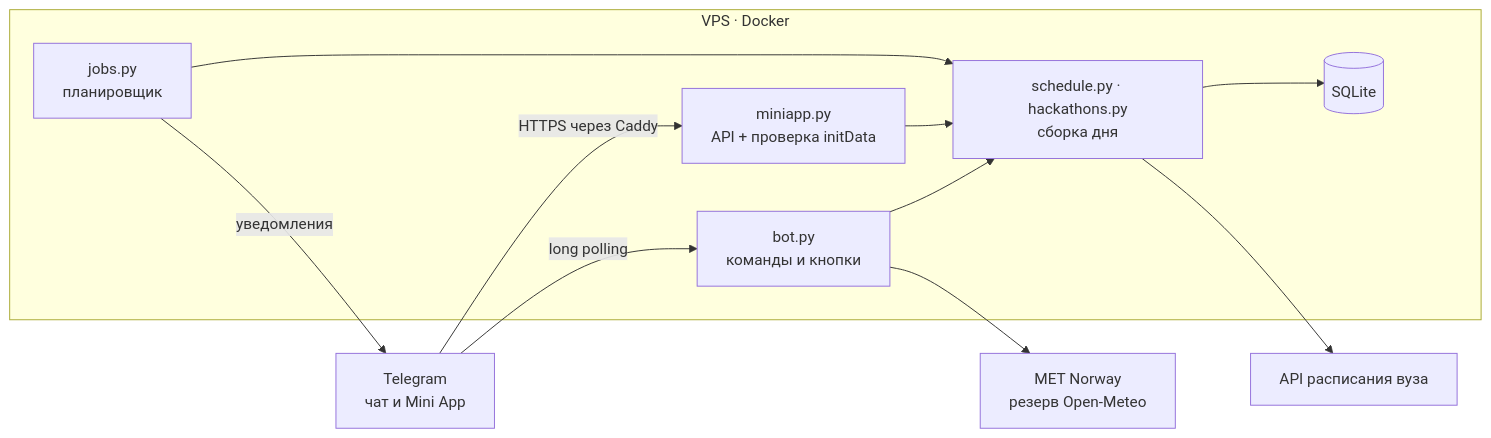
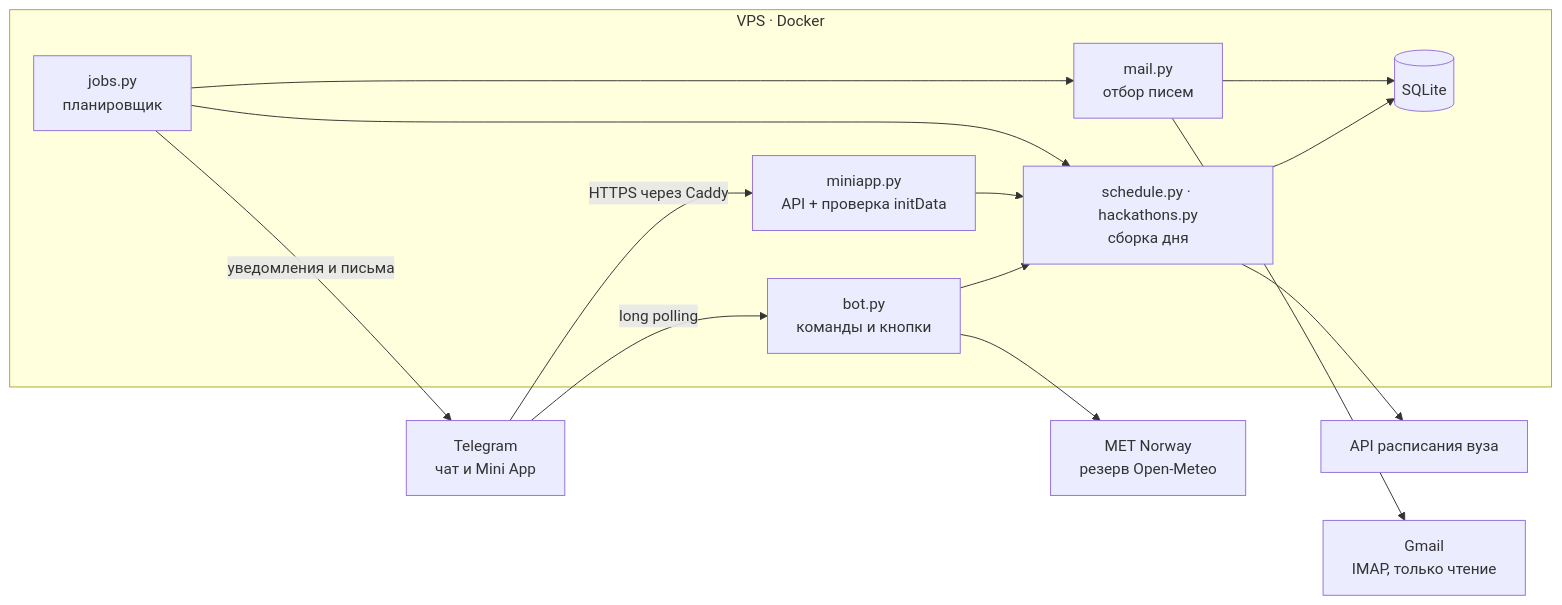
Before and after one commit to MrFerrumL/Days_calendar: the diagram in README.md, drawn with Mermaid. The commit also changed other lines of this file and 10 other files, not shown here.

First line of the commit message:
Important mail in the chat: Gmail over IMAP, read-only, filtered

````diff
--- a/README.md
+++ b/README.md
@@ -108,22 +115,27 @@
 ```mermaid
 flowchart LR
     TG["Telegram<br/>чат и Mini App"]
     subgraph server["VPS · Docker"]
         BOT["bot.py<br/>команды и кнопки"]
         APP["miniapp.py<br/>API + проверка initData"]
         JOBS["jobs.py<br/>планировщик"]
         SCH["schedule.py · hackathons.py<br/>сборка дня"]
+        MAIL["mail.py<br/>отбор писем"]
         DB[("SQLite")]
     end
     UNI["API расписания вуза"]
     WX["MET Norway<br/>резерв Open-Meteo"]
+    GM["Gmail<br/>IMAP, только чтение"]
     TG -- long polling --> BOT
     TG -- HTTPS через Caddy --> APP
     BOT --> SCH
     APP --> SCH
     JOBS --> SCH
-    JOBS -- уведомления --> TG
+    JOBS --> MAIL
+    JOBS -- уведомления и письма --> TG
     SCH --> DB
+    MAIL --> DB
     SCH --> UNI
+    MAIL --> GM
     BOT --> WX
 ```
````
